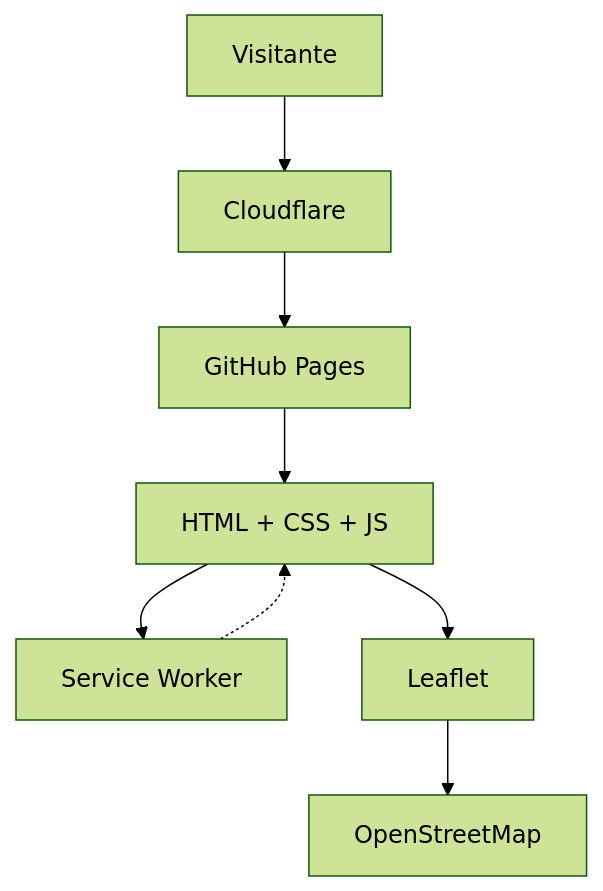
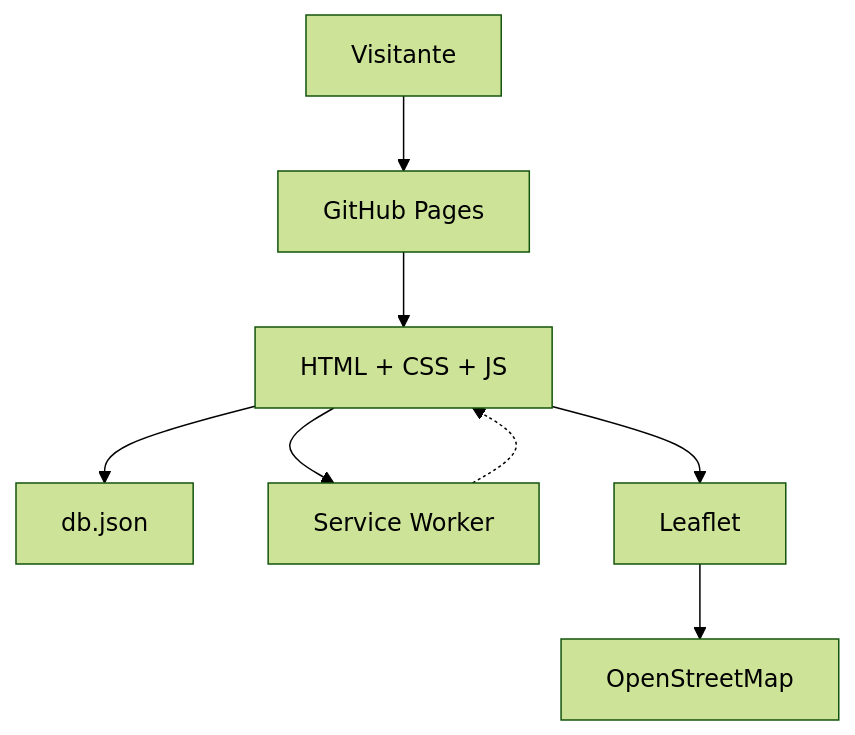
Before and after one commit to psbella/farmcias-balcarce: the first of 2 diagrams in README.md, drawn with Mermaid (forest theme). The commit also changed other lines of this file and 30 other files, not shown here.

````diff
--- a/README.md
+++ b/README.md
@@ -74,10 +48,10 @@
 ```mermaid
 graph TD
-    Visitante --> Cloudflare
-    Cloudflare --> GitHubPages[GitHub Pages]
+    Visitante --> GitHubPages[GitHub Pages]
     GitHubPages --> App[HTML + CSS + JS]
+    App --> DB[db.json]
     App --> ServiceWorker[Service Worker]
     App --> Leaflet
     Leaflet --> OSM[OpenStreetMap]
     ServiceWorker -.-> App
 ```
````
